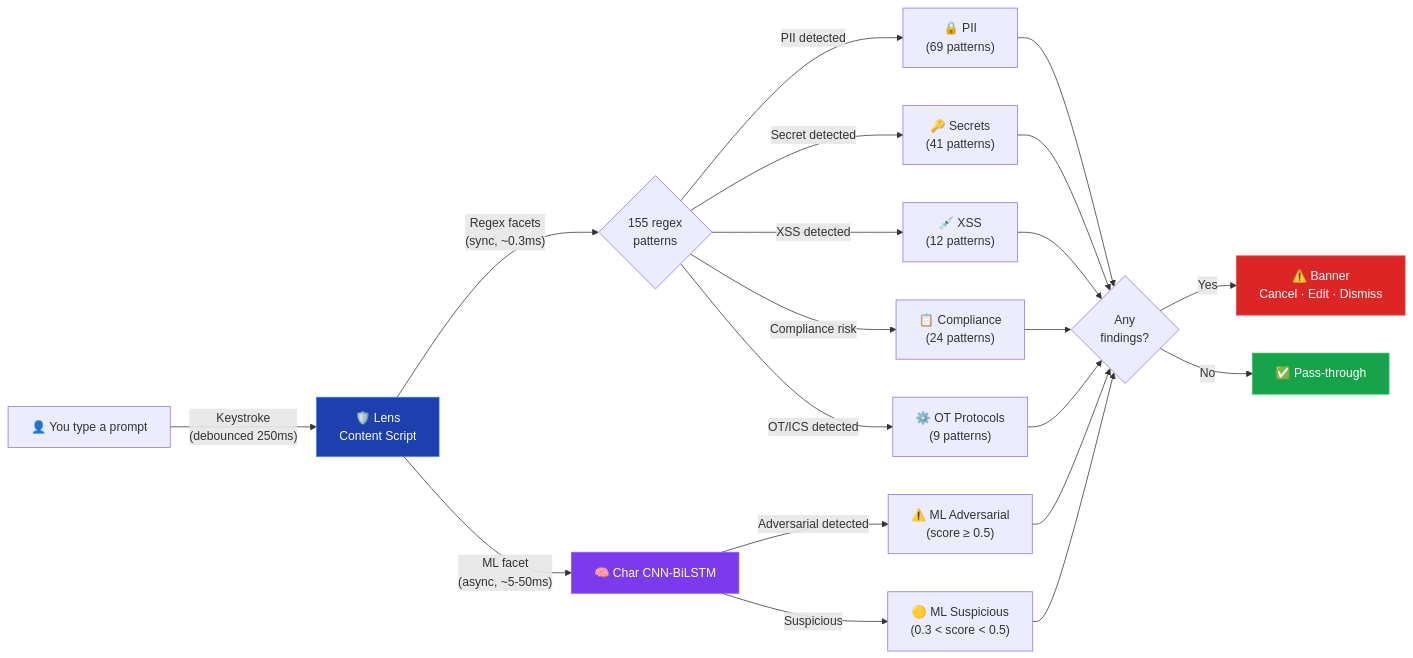
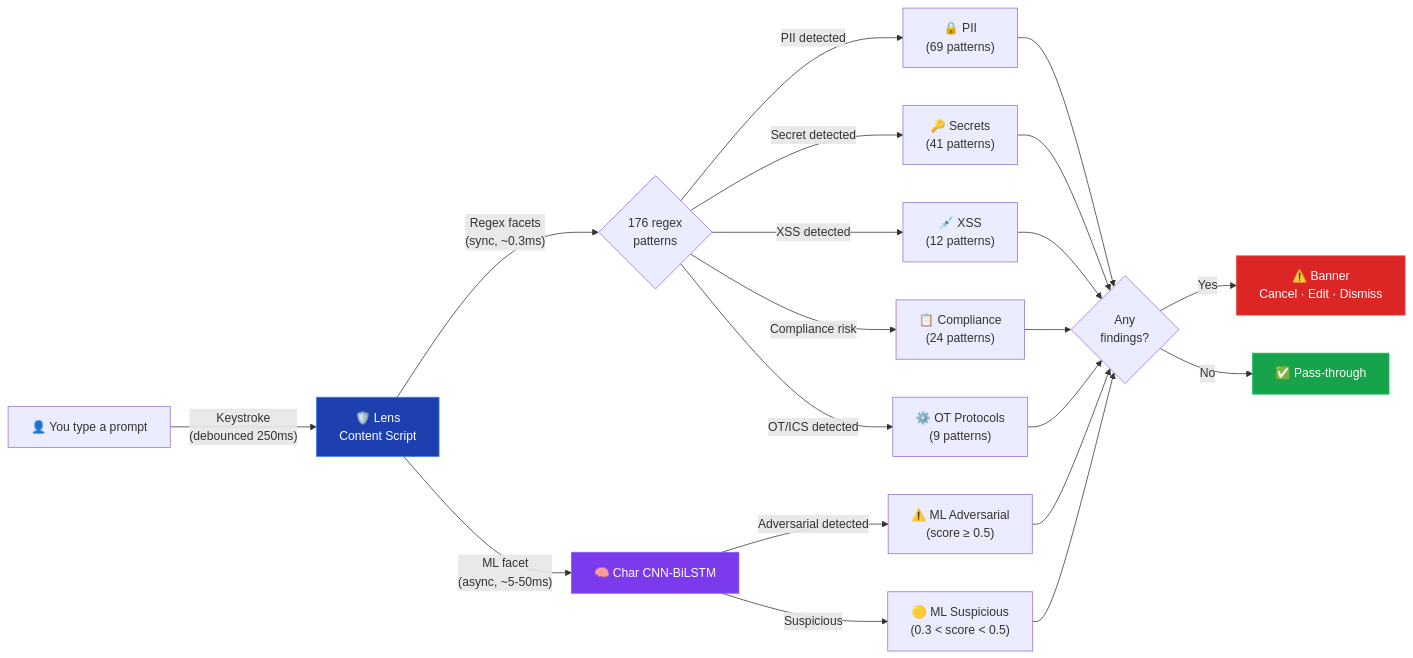
Before and after one commit to aegisgatesecurity/aegisgate-lens: the diagram in README.md, drawn with Mermaid. The commit also changed other lines of this file and 5 other files, not shown here.

First line of the commit message:
fix: sync 17 missing regex patterns for Platform/Rampart parity (176 total)

````diff
--- a/README.md
+++ b/README.md
@@ -67,23 +67,23 @@
 ```mermaid
 flowchart LR
     User["👤 You type a prompt"] -->|"Keystroke<br/>(debounced 250ms)"| Lens["🛡️ Lens<br/>Content Script"]
-    Lens -->|"Regex facets<br/>(sync, ~0.3ms)"| Regex{"155 regex<br/>patterns"}
+    Lens -->|"Regex facets<br/>(sync, ~0.3ms)"| Regex{"176 regex<br/>patterns"}
     Lens -->|"ML facet<br/>(async, ~5-50ms)"| ML["🧠 Char CNN-BiLSTM"]
 
     Regex -->|"PII detected"| PII["🔒 PII<br/>(69 patterns)"]
     Regex -->|"Secret detected"| Secret["🔑 Secrets<br/>(41 patterns)"]
     Regex -->|"XSS detected"| XSS["💉 XSS<br/>(12 patterns)"]
     Regex -->|"Compliance risk"| Comp["📋 Compliance<br/>(24 patterns)"]
     Regex -->|"OT/ICS detected"| OT["⚙️ OT Protocols<br/>(9 patterns)"]
     ML -->|"Adversarial detected"| Adv["⚠️ ML Adversarial<br/>(score ≥ 0.5)"]
     ML -->|"Suspicious"| Sus["🟡 ML Suspicious<br/>(0.3 < score < 0.5)"]
 
     PII & Secret & XSS & Comp & OT & Adv & Sus --> Decision{"Any<br/>findings?"}
     Decision -->|"Yes"| Banner["⚠️ Banner<br/>Cancel · Edit · Dismiss"]
     Decision -->|"No"| Pass["✅ Pass-through"]
 
     style Lens fill:#1e40af,stroke:#3b82f6,color:#fff
     style ML fill:#7c3aed,stroke:#8b5cf6,color:#fff
     style Banner fill:#dc2626,stroke:#ef4444,color:#fff
     style Pass fill:#16a34a,stroke:#22c55e,color:#fff
 ```
````
